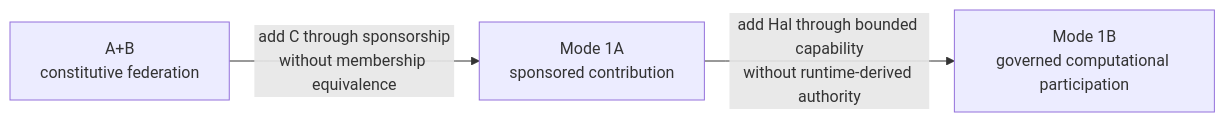
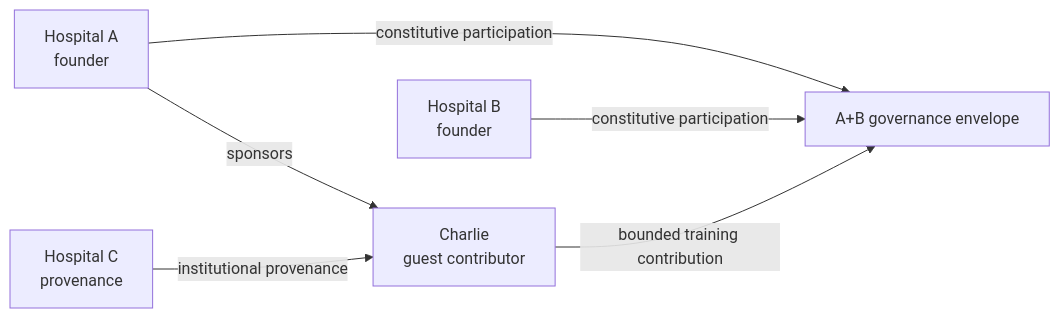
Before and after one commit to onzelf/openhealth-cdi: diagram 12 of 16 in doc/ARCHITECTURE.md, drawn with Mermaid. The commit also changed other lines of this file and 1 other file, not shown here.

````diff
--- a/doc/ARCHITECTURE.md
+++ b/doc/ARCHITECTURE.md
@@ -965,9 +384,14 @@
 ```mermaid
 flowchart LR
-    AB["A+B<br/>constitutive federation"]
-    M1A["Mode 1A<br/>sponsored contribution"]
-    M1B["Mode 1B<br/>governed computational participation"]
+    A["Hospital A<br/>founder"]
+    B["Hospital B<br/>founder"]
+    C["Hospital C<br/>provenance"]
+    Ch["Charlie<br/>guest contributor"]
+    Env["A+B governance envelope"]
 
-    AB -->|"add C through sponsorship<br/>without membership equivalence"| M1A
-    M1A -->|"add Hal through bounded capability<br/>without runtime-derived authority"| M1B
+    A -->|"constitutive participation"| Env
+    B -->|"constitutive participation"| Env
+    A -->|"sponsors"| Ch
+    C -->|"institutional provenance"| Ch
+    Ch -->|"bounded training contribution"| Env
 ```
````
